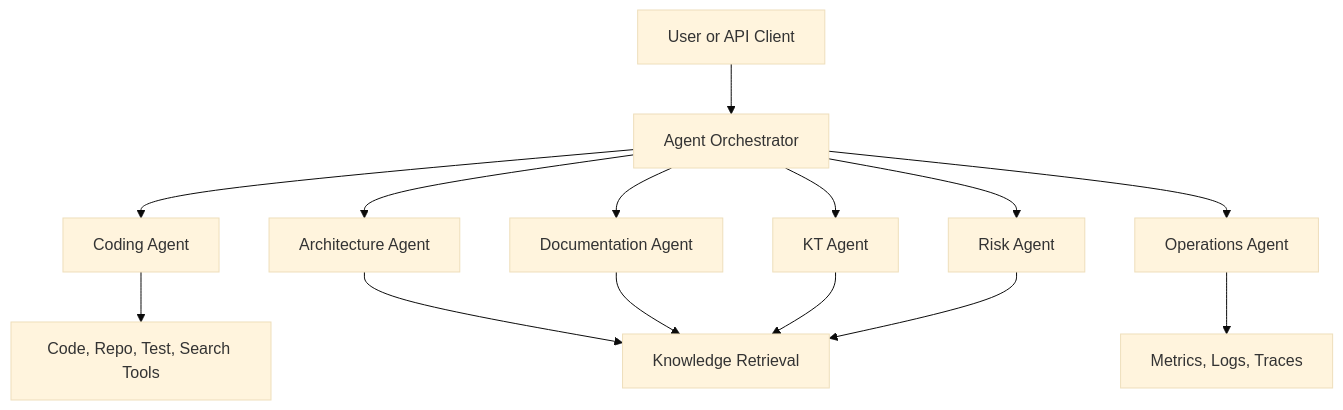
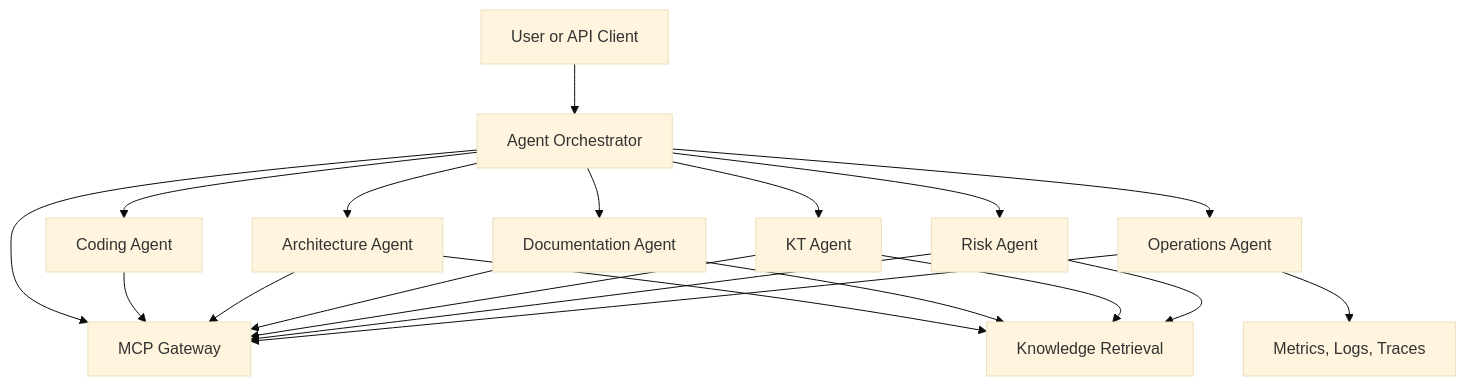
Before and after one commit to dcfrancisco/open-intelligence-platform: the diagram in docs/agent-framework.md, drawn with Mermaid (base theme). The commit also changed other lines of this file and 110 other files, not shown here.

First line of the commit message:
Add documentation and initial setup files for MVP and architecture

````diff
--- a/docs/agent-framework.md
+++ b/docs/agent-framework.md
@@ -9,17 +9,23 @@
 ```mermaid
-flowchart TB
+flowchart TD
     User[User or API Client] --> Orchestrator[Agent Orchestrator]
     Orchestrator --> Coding[Coding Agent]
     Orchestrator --> Architecture[Architecture Agent]
     Orchestrator --> Docs[Documentation Agent]
     Orchestrator --> KT[KT Agent]
     Orchestrator --> Risk[Risk Agent]
     Orchestrator --> Ops[Operations Agent]
 
-    Coding --> Tools[Code, Repo, Test, Search Tools]
+    Orchestrator --> MCP[MCP Gateway]
+    Coding --> MCP
     Architecture --> Knowledge[Knowledge Retrieval]
+    Architecture --> MCP
     Docs --> Knowledge
+    Docs --> MCP
     KT --> Knowledge
+    KT --> MCP
     Risk --> Knowledge
+    Risk --> MCP
     Ops --> Observability[Metrics, Logs, Traces]
+    Ops --> MCP
 ```
````
